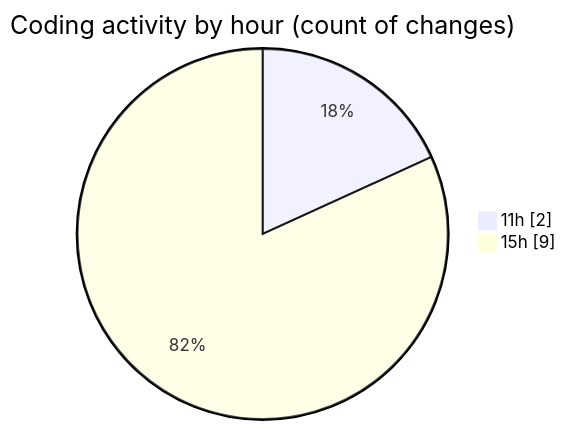
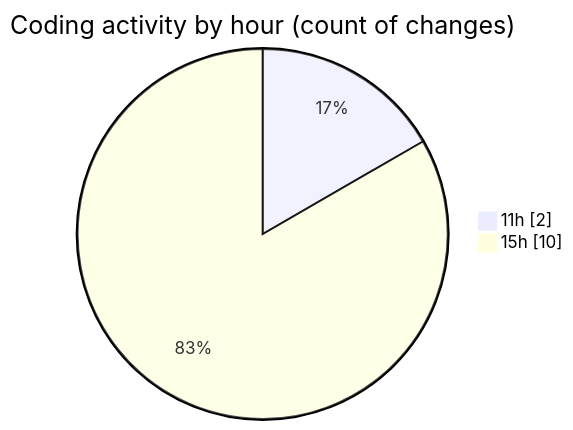
Before and after one commit to debugP/code-tracking: the second of 2 diagrams in 2026-07-06/wp-content/README.md, drawn with Mermaid. The commit also changed other lines of this file and 1 other file, not shown here.

````diff
--- a/2026-07-06/wp-content/README.md
+++ b/2026-07-06/wp-content/README.md
@@ -29,6 +29,6 @@
 ```mermaid
 pie showData
 title Coding activity by hour (count of changes)
 "11h" : 2
-"15h" : 9
+"15h" : 10
 ```
````
